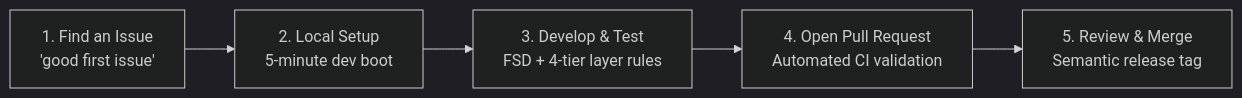
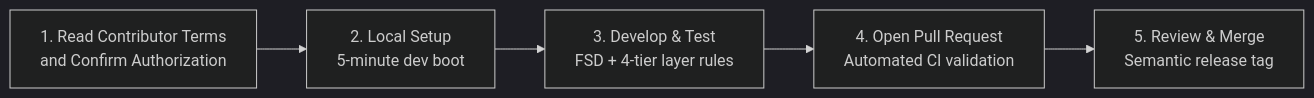
The diagram in docs/contributing/README.md (rakuzan-knu/Eternal), drawn with Mermaid (dark theme) before and after one commit. The commit also changed other lines of this file and 495 other files, not shown here.

````diff
--- a/docs/contributing/README.md
+++ b/docs/contributing/README.md
@@ -11,7 +11,7 @@
 ```mermaid
 graph LR
-    Find[1. Find an Issue<br/>'good first issue'] --> Setup[2. Local Setup<br/>5-minute dev boot]
+    Find[1. Read Contributor Terms<br/>and Confirm Authorization] --> Setup[2. Local Setup<br/>5-minute dev boot]
     Setup --> Code[3. Develop & Test<br/>FSD + 4-tier layer rules]
     Code --> PR[4. Open Pull Request<br/>Automated CI validation]
     PR --> Merge[5. Review & Merge<br/>Semantic release tag]
 ```
````
